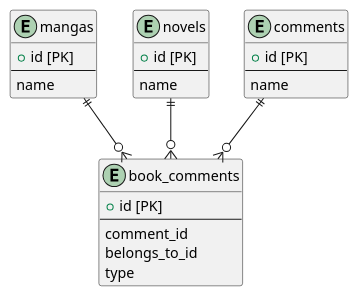
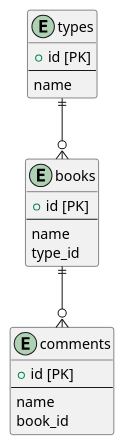
One commit to tasdsn/praha changed the diagram in 08/task2.puml. Above: the diagram before and after it, drawn with PlantUML. The commit also changed 1 other file, not shown here.

```diff
--- a/08/task2.puml
+++ b/08/task2.puml
@@ -1,32 +1,25 @@
 @startuml
-entity mangas {
+entity types {
   + id [PK]
   --
   name
 }
 
-entity novels {
+entity books {
   + id [PK]
   --
   name
-}
-
-entity book_comments {
-  + id [PK]
-  --
-  comment_id
-  belongs_to_id
-  type
+  type_id
 }
 
 entity comments {
   + id [PK]
   --
   name
+  book_id
 }
 
-mangas          ||--o{ book_comments
-novels          ||--o{ book_comments
-comments        ||--o{ book_comments
+types          ||--o{ books
+books      ||--o{ comments
 
 @enduml
```
